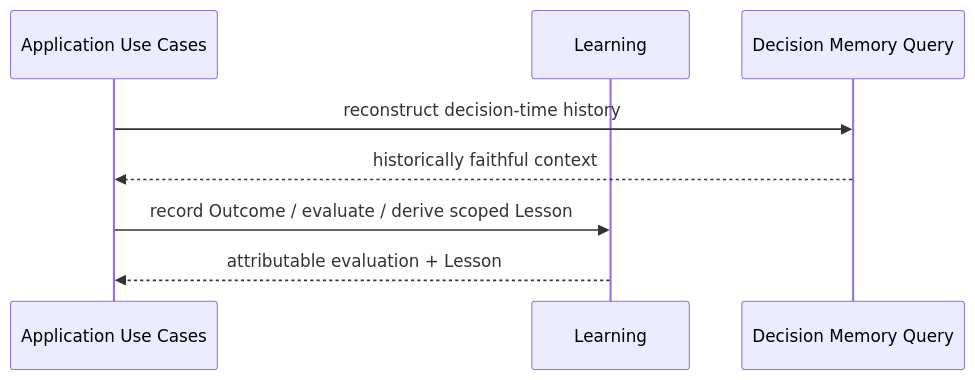
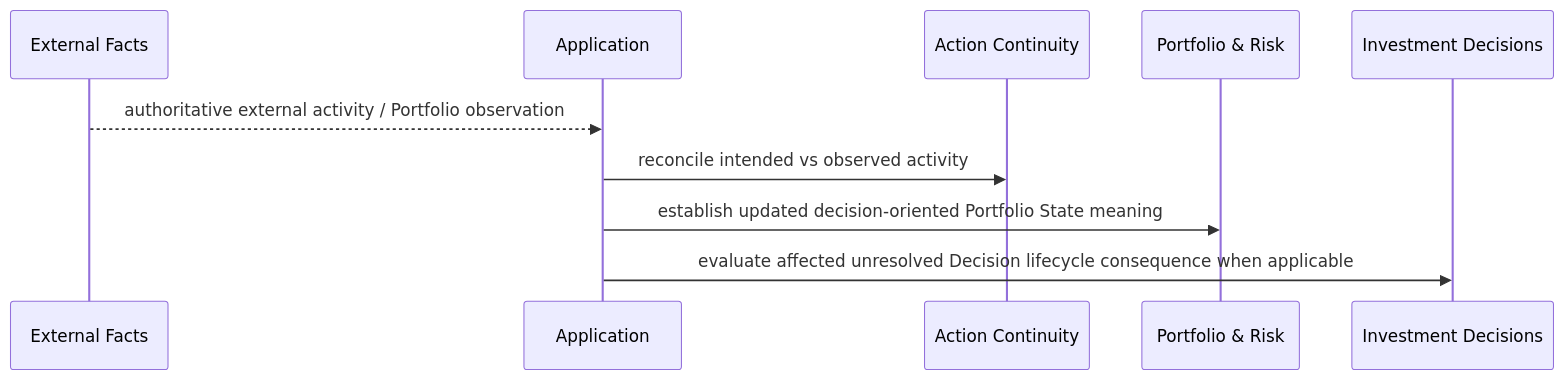
One commit to sponge-b0b/Polaris changed the eighth of 8 diagrams in docs/proposed/platform-domain-interaction-map.md. Above: the diagram before and after it, drawn with Mermaid. The commit also changed other lines of this file and 13 other files, not shown here.

````diff
--- a/docs/proposed/platform-domain-interaction-map.md
+++ b/docs/proposed/platform-domain-interaction-map.md
@@ -429,11 +433,13 @@
 ```mermaid
 sequenceDiagram
-    participant App as Application Use Cases
-    participant L as Learning
-    participant Q as Decision Memory Query
+    participant X as External Facts
+    participant App as Application
+    participant A as Action Continuity
+    participant P as Portfolio & Risk
+    participant D as Investment Decisions
 
-    App->>Q: reconstruct decision-time history
-    Q-->>App: historically faithful context
-    App->>L: record Outcome / evaluate / derive scoped Lesson
-    L-->>App: attributable evaluation + Lesson
+    X-->>App: authoritative external activity / Portfolio observation
+    App->>A: reconcile intended vs observed activity
+    App->>P: establish updated decision-oriented Portfolio State meaning
+    App->>D: evaluate affected unresolved Decision lifecycle consequence when applicable
 ```
````
